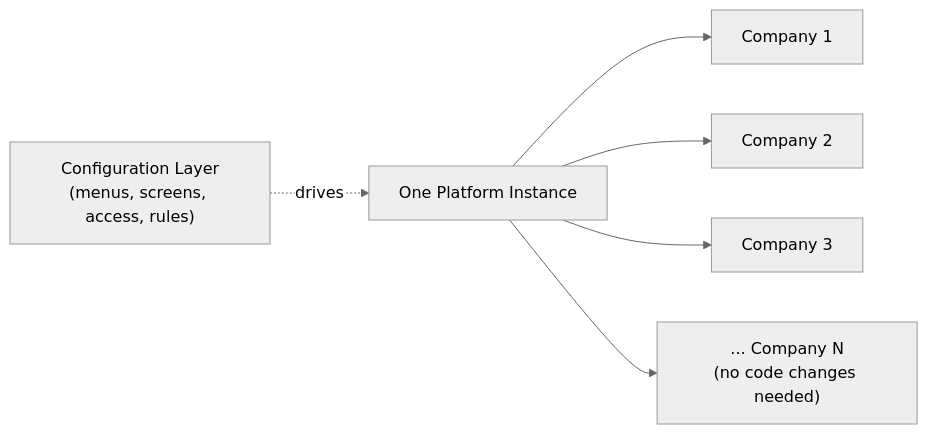
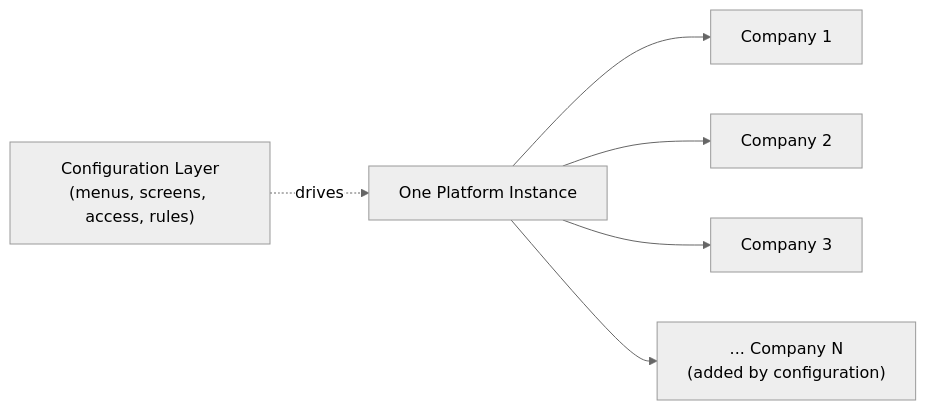
Before and after one commit to mozammelbhuyan/lira-erp-leadership: the second of 3 diagrams in ARCHITECTURE_AT_A_GLANCE.md, drawn with Mermaid (neutral theme). The commit also changed other lines of this file and 2 other files, not shown here.

````diff
--- a/ARCHITECTURE_AT_A_GLANCE.md
+++ b/ARCHITECTURE_AT_A_GLANCE.md
@@ -49,11 +49,11 @@
 ```mermaid
 flowchart LR
-    PLATFORM["One Platform Instance"]
+PLATFORM["One Platform Instance"]
 
-    PLATFORM --> B1["Company 1"]
-    PLATFORM --> B2["Company 2"]
-    PLATFORM --> B3["Company 3"]
-    PLATFORM --> Bn["... Company N<br/>(no code changes needed)"]
+PLATFORM --> B1["Company 1"]
+PLATFORM --> B2["Company 2"]
+PLATFORM --> B3["Company 3"]
+PLATFORM --> Bn["... Company N<br/>(added by configuration)"]
 
-    CONFIG["Configuration Layer<br/>(menus, screens, access, rules)"] -.->|"drives"| PLATFORM
+CONFIG["Configuration Layer<br/>(menus, screens, access, rules)"] -.->|"drives"| PLATFORM
 ```
````
